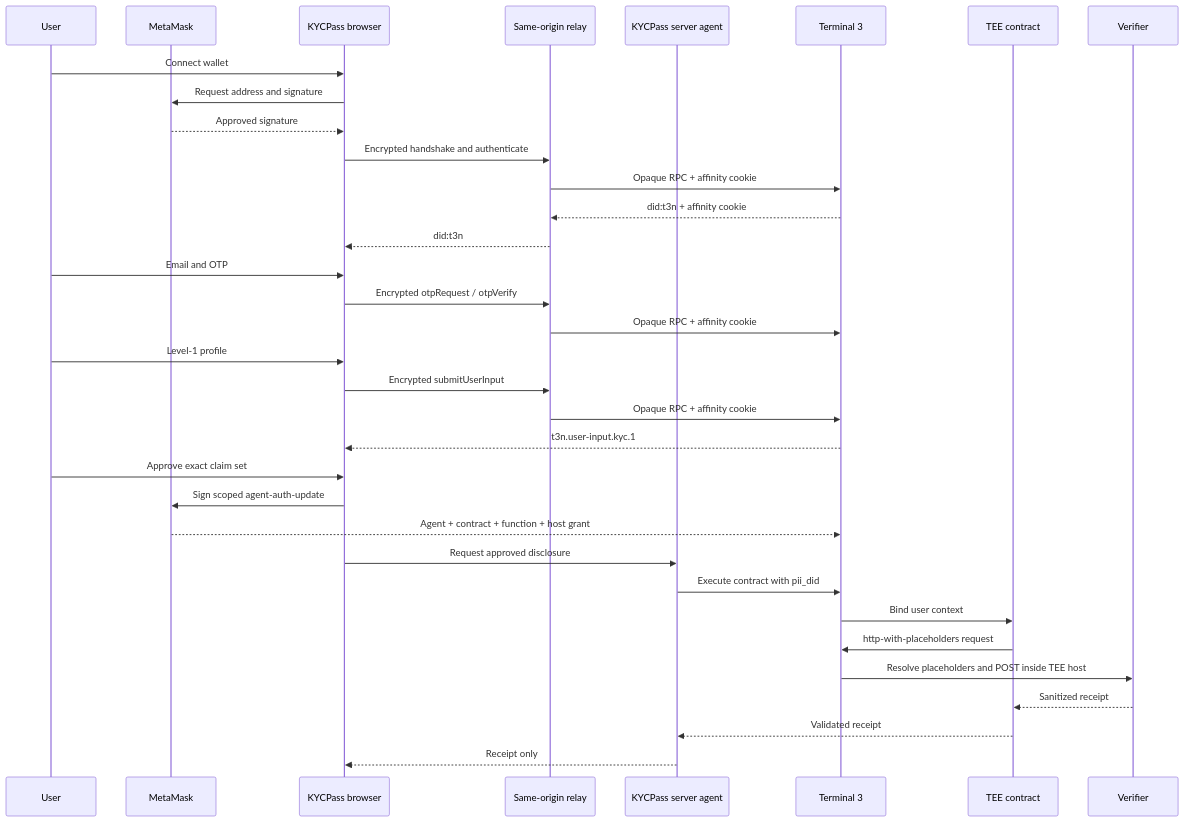
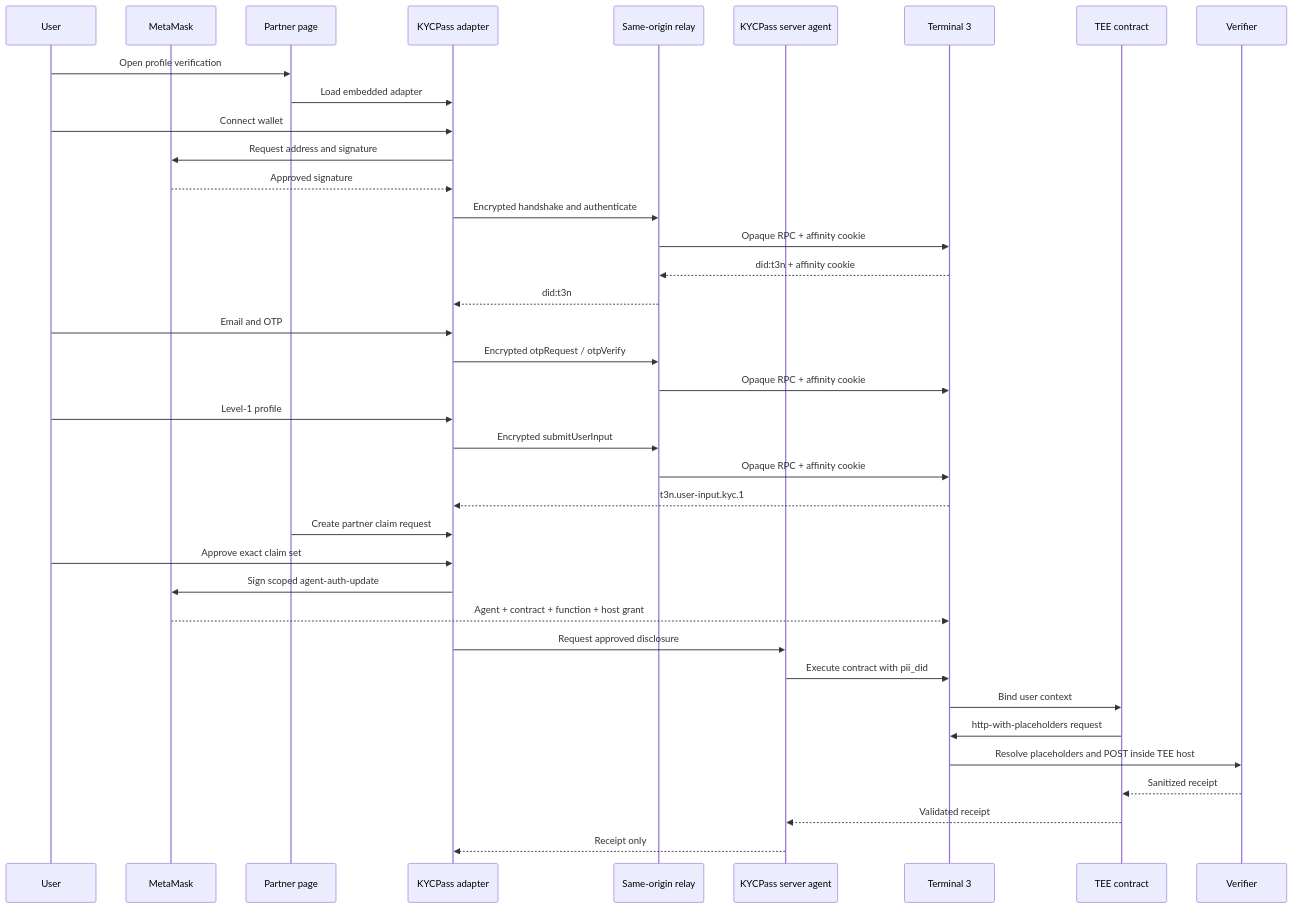
The second of 2 diagrams in docs/ARCHITECTURE.md (adilhusain01/KYCPass), drawn with Mermaid before and after one commit. The commit also changed other lines of this file and 14 other files, not shown here.

Commit message:
feat: implement partner integration API and embedded verification adapter

````diff
--- a/docs/ARCHITECTURE.md
+++ b/docs/ARCHITECTURE.md
@@ -31,37 +39,41 @@
 ```mermaid
 sequenceDiagram
     participant U as User
     participant M as MetaMask
-    participant B as KYCPass browser
+    participant RP as Partner page
+    participant B as KYCPass adapter
     participant P as Same-origin relay
     participant S as KYCPass server agent
     participant T as Terminal 3
     participant C as TEE contract
     participant V as Verifier
 
+    U->>RP: Open profile verification
+    RP->>B: Load embedded adapter
     U->>B: Connect wallet
     B->>M: Request address and signature
     M-->>B: Approved signature
     B->>P: Encrypted handshake and authenticate
     P->>T: Opaque RPC + affinity cookie
     T-->>P: did:t3n + affinity cookie
     P-->>B: did:t3n
     U->>B: Email and OTP
     B->>P: Encrypted otpRequest / otpVerify
     P->>T: Opaque RPC + affinity cookie
     U->>B: Level-1 profile
     B->>P: Encrypted submitUserInput
     P->>T: Opaque RPC + affinity cookie
     T-->>B: t3n.user-input.kyc.1
+    RP->>B: Create partner claim request
     U->>B: Approve exact claim set
     B->>M: Sign scoped agent-auth-update
     M-->>T: Agent + contract + function + host grant
     B->>S: Request approved disclosure
     S->>T: Execute contract with pii_did
     T->>C: Bind user context
     C->>T: http-with-placeholders request
     T->>V: Resolve placeholders and POST inside TEE host
     V-->>C: Sanitized receipt
     C-->>S: Validated receipt
     S-->>B: Receipt only
 ```
````
